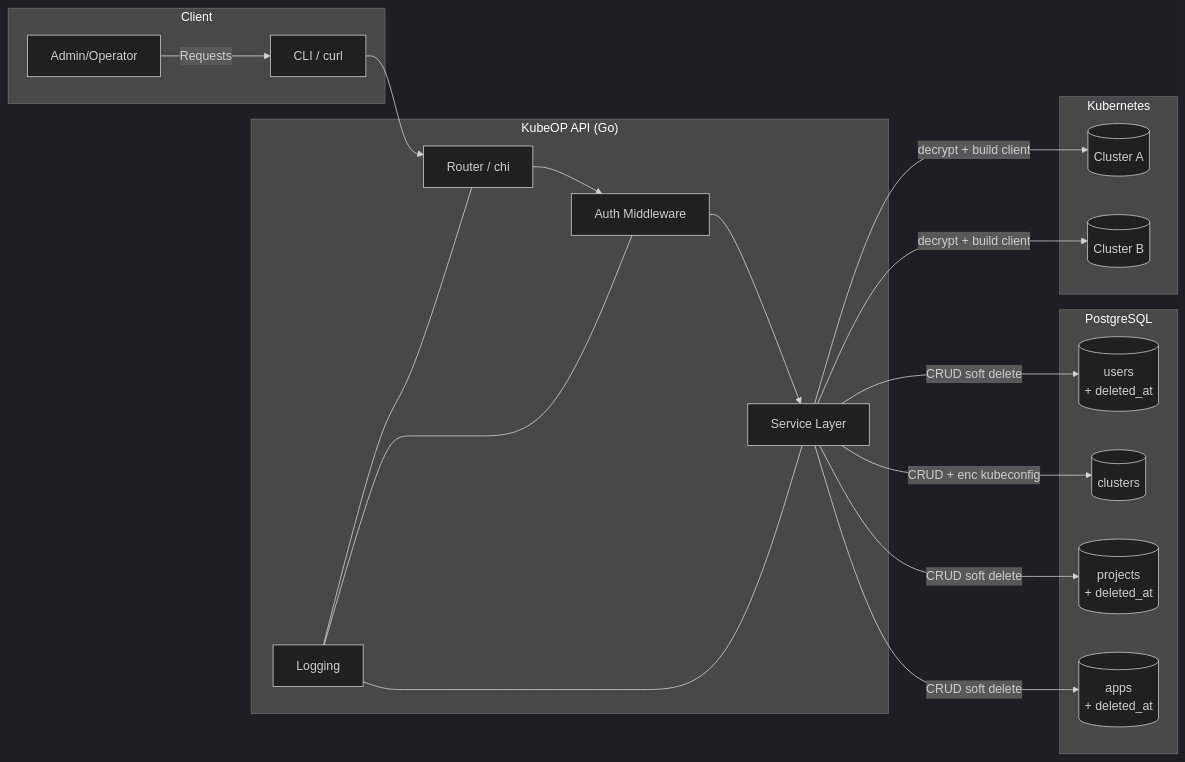
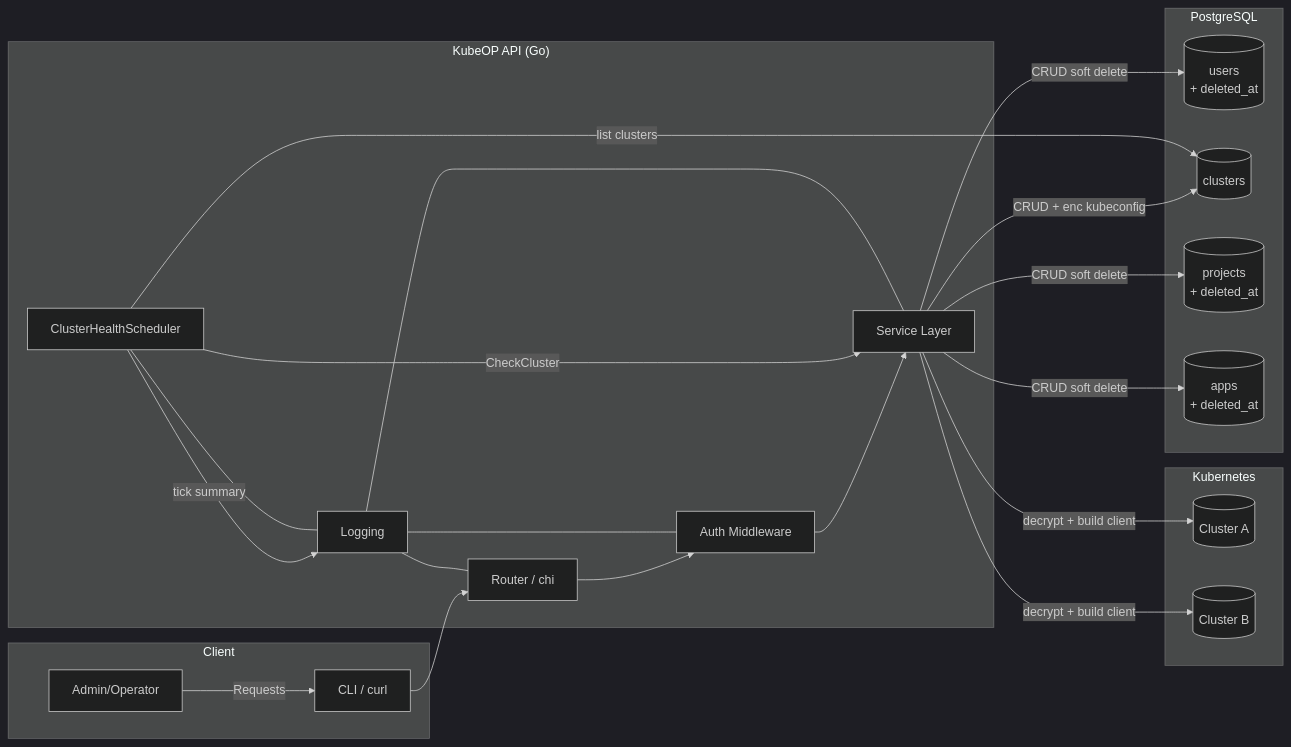
Before and after one commit to vaheed/kubeOP: the first of 3 diagrams in docs/ARCHITECTURE.md, drawn with Mermaid (dark theme). The commit also changed other lines of this file and 19 other files, not shown here.

````diff
--- a/docs/ARCHITECTURE.md
+++ b/docs/ARCHITECTURE.md
@@ -39,39 +41,44 @@
 ```mermaid
 flowchart LR
   subgraph "Client"
     U["Admin/Operator"]
     CLI["CLI / curl"]
   end
 
   subgraph "KubeOP API (Go)"
     R["Router / chi"]
     A["Auth Middleware"]
     SVC["Service Layer"]
+    SCH["ClusterHealthScheduler"]
     LOG["Logging"]
   end
 
   subgraph "PostgreSQL"
     T1[("users\n+ deleted_at")]
     T2[("clusters")]
     T3[("projects\n+ deleted_at")]
     T4[("apps\n+ deleted_at")]
   end
 
   subgraph "Kubernetes"
     K8s1[("Cluster A")]
     K8s2[("Cluster B")]
   end
 
   U -- "Requests" --> CLI
   CLI --> R
   R --> A --> SVC
   SVC -- "CRUD soft delete" --> T1
   SVC -- "CRUD + enc kubeconfig" --> T2
   SVC -- "CRUD soft delete" --> T3
   SVC -- "CRUD soft delete" --> T4
   SVC -- "decrypt + build client" --> K8s1
   SVC -- "decrypt + build client" --> K8s2
+  SCH -- "tick summary" --> LOG
+  SCH -- "list clusters" --> T2
+  SCH -- "CheckCluster" --> SVC
   LOG --- R
   LOG --- A
   LOG --- SVC
+  LOG --- SCH
 ```
````
